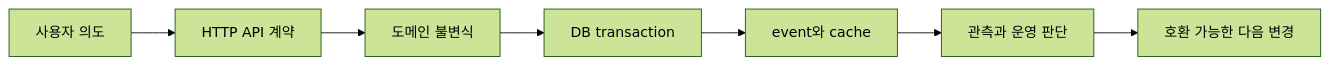
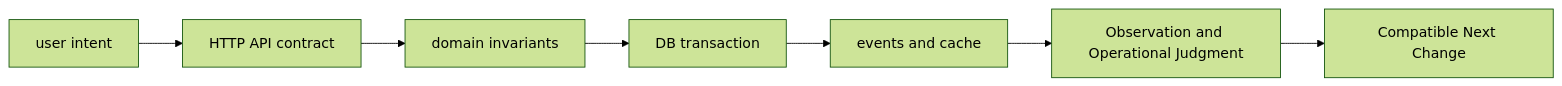
One commit to nohdol97/nohdol-study changed the first of 2 diagrams in docs-site/content/backend-engineering/00-roadmap.md. Above: the diagram before and after it, drawn with Mermaid (forest theme). The commit also changed other lines of this file and 116 other files, not shown here.

````diff
--- a/docs-site/content/backend-engineering/00-roadmap.md
+++ b/docs-site/content/backend-engineering/00-roadmap.md
@@ -21,9 +21,9 @@
 ```mermaid
 flowchart LR
-    U[사용자 의도] --> A[HTTP API 계약]
-    A --> D[도메인 불변식]
+    U[user intent] --> A[HTTP API contract]
+    A --> D[domain invariants]
     D --> T[DB transaction]
-    T --> E[event와 cache]
-    E --> O[관측과 운영 판단]
-    O --> C[호환 가능한 다음 변경]
+    T --> E[events and cache]
+    E --> O[Observation and Operational Judgment]
+    O --> C[Compatible Next Change]
 ```
````
